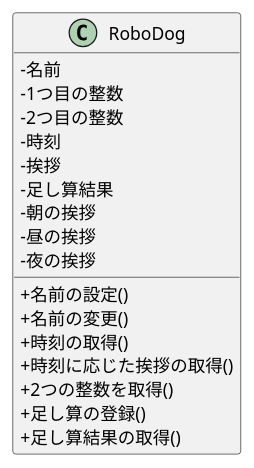
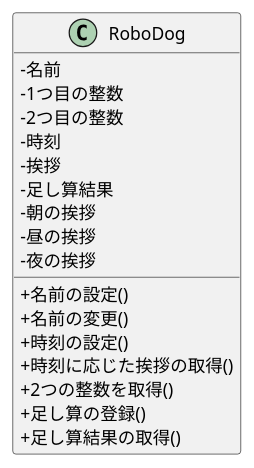
One commit to ko246/ohara_uml changed the diagram in group/06_robo_dog_3/クラス図/class.pu. Above: the diagram before and after it, drawn with PlantUML. The commit also changed 3 other files, not shown here.

```diff
--- a/group/06_robo_dog_3/クラス図/class.pu
+++ b/group/06_robo_dog_3/クラス図/class.pu
@@ -1,22 +1,23 @@
 @startuml
 skinparam classAttributeIconSize 0
 class RoboDog {
     -名前
     -1つ目の整数
     -2つ目の整数
     -時刻
     -挨拶
     -足し算結果
     -朝の挨拶
     -昼の挨拶
     -夜の挨拶
+
     +名前の設定()
     +名前の変更()
-    +時刻の取得()
+    +時刻の設定()
     +時刻に応じた挨拶の取得()
     +2つの整数を取得()
     +足し算の登録()
     +足し算結果の取得()
 
 }
 @enduml
```
